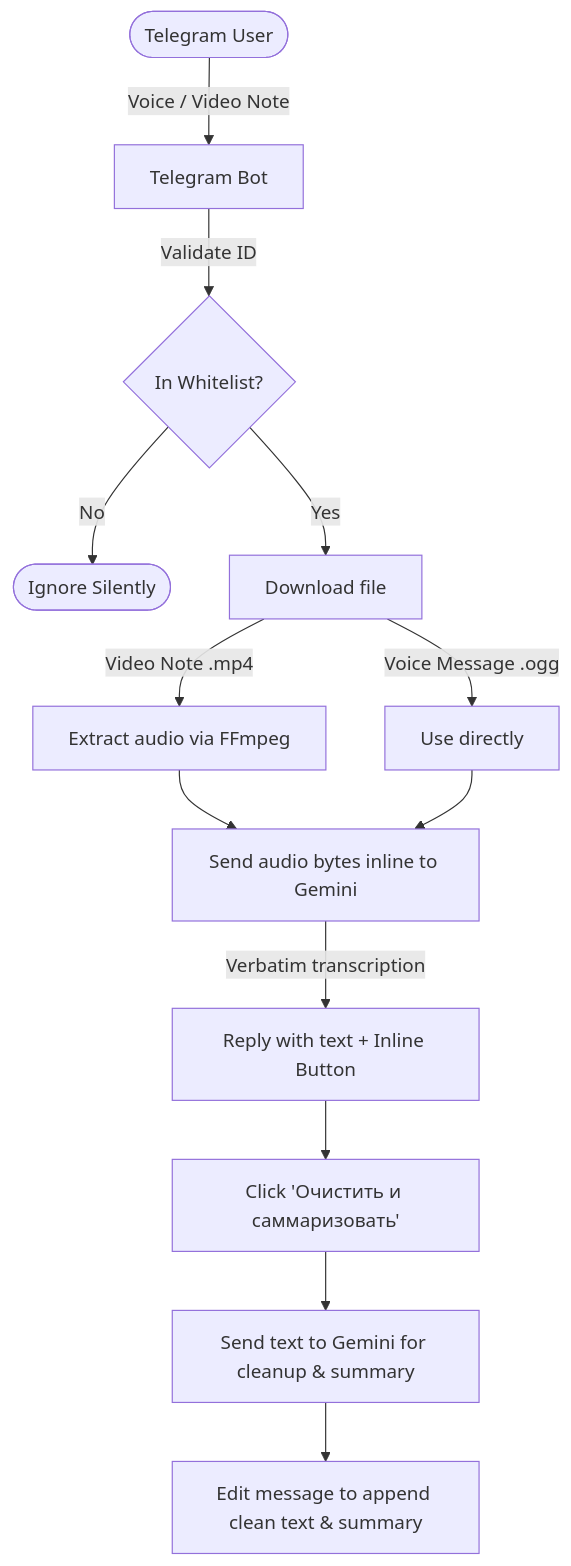
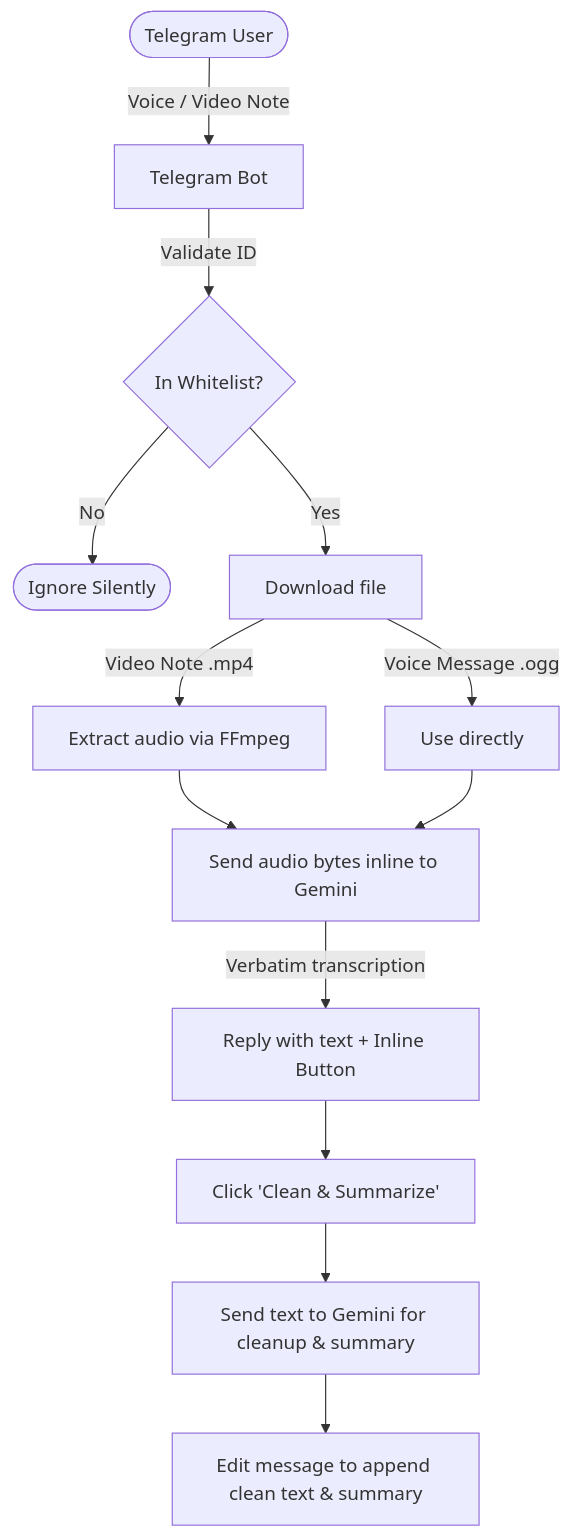
Before and after one commit to renkagod/tg-voice-stt: the diagram in README.md, drawn with Mermaid. The commit also changed other lines of this file, not shown here.

````diff
--- a/README.md
+++ b/README.md
@@ -19,15 +19,15 @@
 ```mermaid
 flowchart TD
     User([Telegram User]) -->|Voice / Video Note| Bot[Telegram Bot]
     Bot -->|Validate ID| Whitelist{In Whitelist?}
     Whitelist -->|No| Ignore([Ignore Silently])
     Whitelist -->|Yes| Download[Download file]
     Download -->|Video Note .mp4| FFmpeg[Extract audio via FFmpeg]
     Download -->|Voice Message .ogg| Direct[Use directly]
     FFmpeg --> SendGemini[Send audio bytes inline to Gemini]
     Direct --> SendGemini
     SendGemini -->|Verbatim transcription| Reply[Reply with text + Inline Button]
-    Reply --> Click[Click 'Очистить и саммаризовать']
+    Reply --> Click[Click 'Clean & Summarize']
     Click --> GeminiClean[Send text to Gemini for cleanup & summary]
     GeminiClean --> Edit[Edit message to append clean text & summary]
 ```
````
